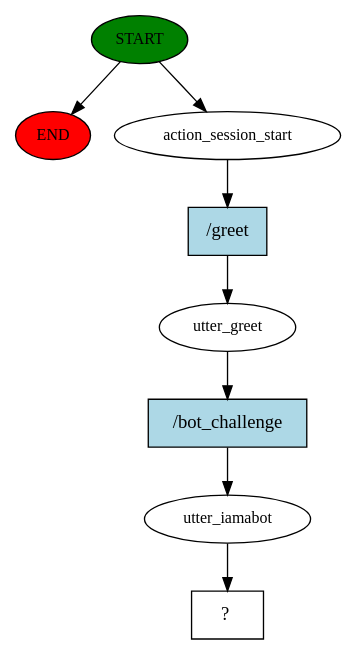
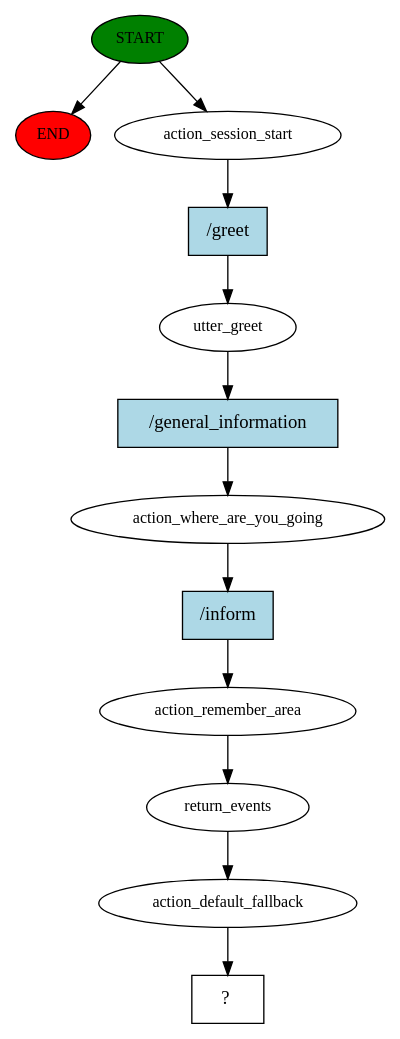
One commit to Andrija2504/UP-EventProject changed the diagram in story_graph.dot. Above: the diagram before and after it, drawn with Graphviz. The commit also changed 313 other files, not shown here.

```diff
--- a/story_graph.dot
+++ b/story_graph.dot
@@ -1,17 +1,25 @@
 digraph  {
 0 [class="start active", fillcolor=green, fontsize=12, label=START, style=filled];
 "-1" [class=end, fillcolor=red, fontsize=12, label=END, style=filled];
 1 [class=active, fontsize=12, label=action_session_start];
 2 [class=active, fontsize=12, label=utter_greet];
-3 [class=active, fontsize=12, label=utter_iamabot];
-4 [class="intent dashed active", label="  ?  ", shape=rect];
-5 [class="intent active", fillcolor=lightblue, label="/greet", shape=rect, style=filled];
-6 [class="intent active", fillcolor=lightblue, label="/bot_challenge", shape=rect, style=filled];
+3 [class=active, fontsize=12, label=action_where_are_you_going];
+4 [class=active, fontsize=12, label=action_remember_area];
+5 [class=active, fontsize=12, label=return_events];
+6 [class=active, fontsize=12, label=action_default_fallback];
+7 [class="intent dashed active", label="  ?  ", shape=rect];
+8 [class="intent active", fillcolor=lightblue, label="/greet", shape=rect, style=filled];
+9 [class="intent active", fillcolor=lightblue, label="/general_information", shape=rect, style=filled];
+10 [class="intent active", fillcolor=lightblue, label="/inform", shape=rect, style=filled];
 0 -> "-1"  [class="", key=NONE, label=""];
 0 -> 1  [class=active, key=NONE, label=""];
-1 -> 5  [class=active, key=0];
-2 -> 6  [class=active, key=0];
-3 -> 4  [class=active, key=NONE, label=""];
-5 -> 2  [class=active, key=0];
-6 -> 3  [class=active, key=0];
+1 -> 8  [class=active, key=0];
+2 -> 9  [class=active, key=0];
+3 -> 10  [class=active, key=0];
+4 -> 5  [class=active, key=NONE, label=""];
+5 -> 6  [class=active, key=NONE, label=""];
+6 -> 7  [class=active, key=NONE, label=""];
+8 -> 2  [class=active, key=0];
+9 -> 3  [class=active, key=0];
+10 -> 4  [class=active, key=0];
 }
```
